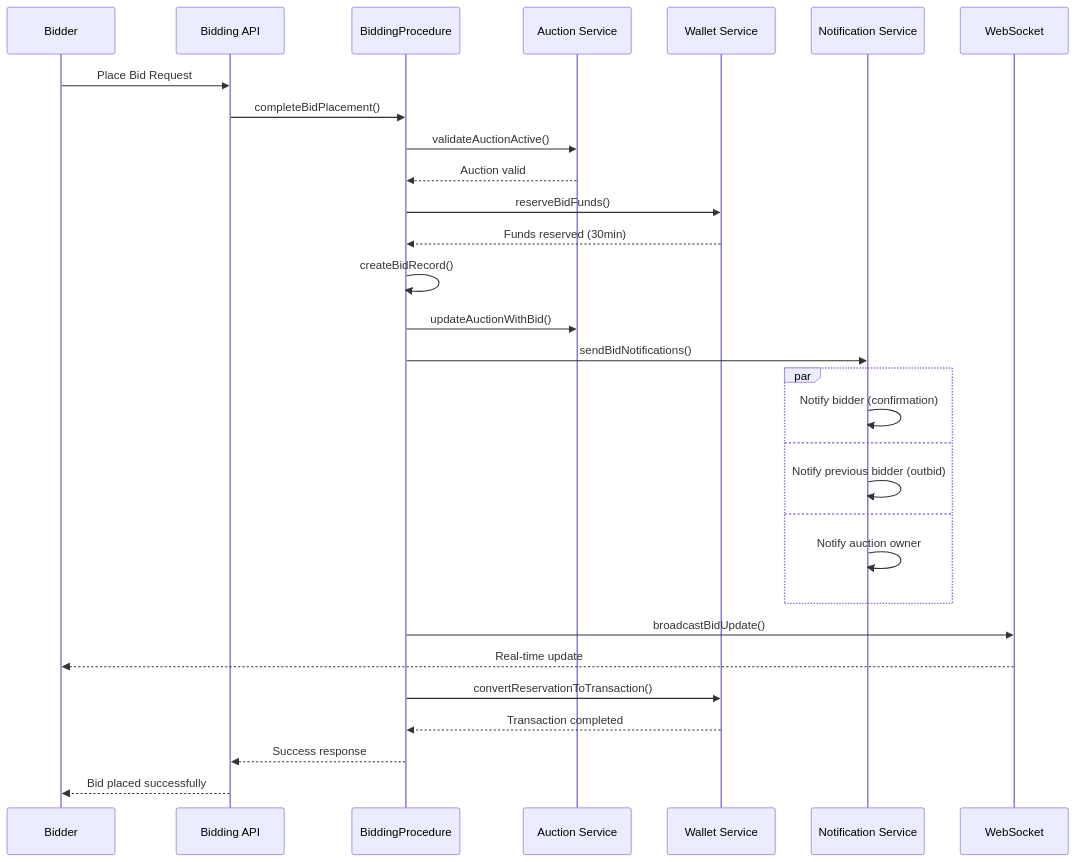
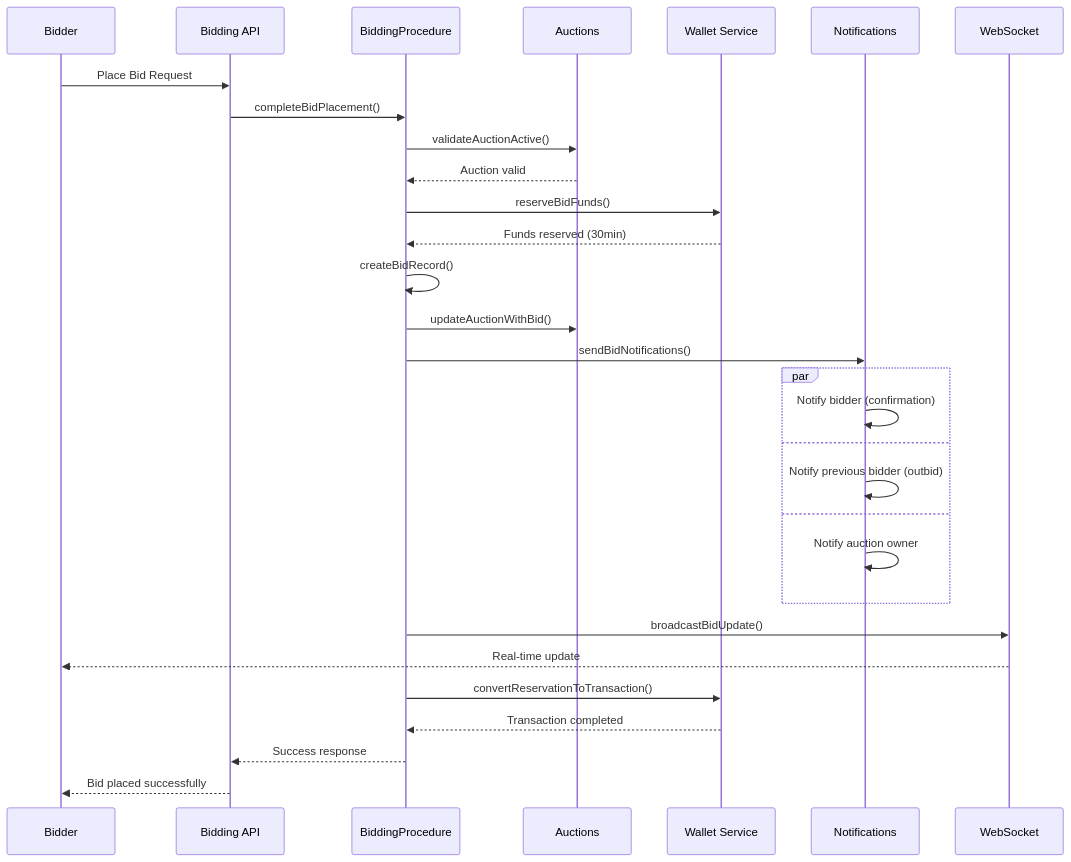
The fifth of 6 diagrams in README.md (abdoElHodaky/larvrevrstender), drawn with Mermaid before and after one commit. The commit also changed other lines of this file and 4 other files, not shown here.

````diff
--- a/README.md
+++ b/README.md
@@ -411,40 +418,40 @@
 ```mermaid
 sequenceDiagram
     participant User as Bidder
     participant API as Bidding API
     participant BP as BiddingProcedure
-    participant AS as Auction Service
+    participant AS as Auctions
     participant WS as Wallet Service
-    participant NS as Notification Service
+    participant NS as Notifications
     participant WS_CONN as WebSocket
     
     User->>API: Place Bid Request
     API->>BP: completeBidPlacement()
     
     BP->>AS: validateAuctionActive()
     AS-->>BP: Auction valid
     
     BP->>WS: reserveBidFunds()
     WS-->>BP: Funds reserved (30min)
     
     BP->>BP: createBidRecord()
     BP->>AS: updateAuctionWithBid()
     
     BP->>NS: sendBidNotifications()
     par
         NS->>NS: Notify bidder (confirmation)
     and
         NS->>NS: Notify previous bidder (outbid)
     and
         NS->>NS: Notify auction owner
     end
     
     BP->>WS_CONN: broadcastBidUpdate()
     WS_CONN-->>User: Real-time update
     
     BP->>WS: convertReservationToTransaction()
     WS-->>BP: Transaction completed
     
     BP-->>API: Success response
     API-->>User: Bid placed successfully
 ```
````
